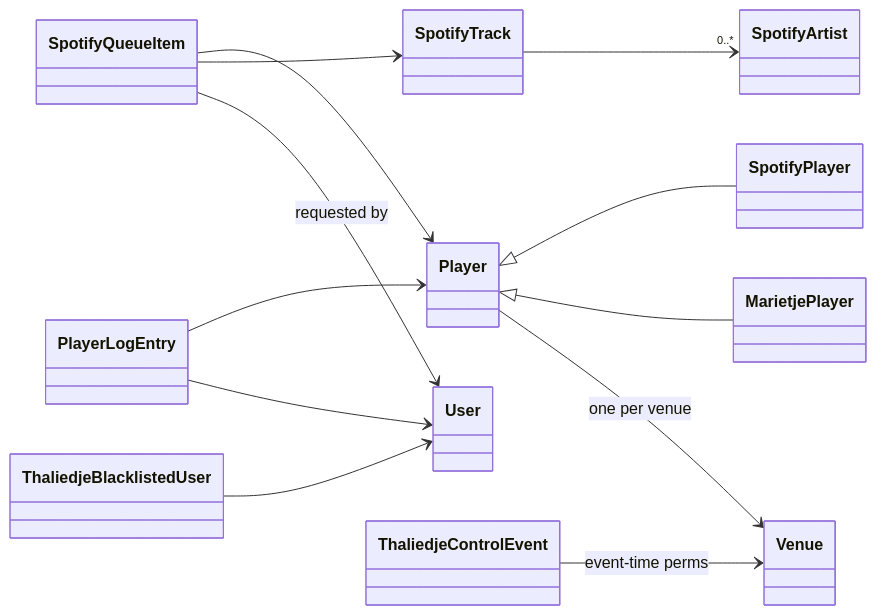
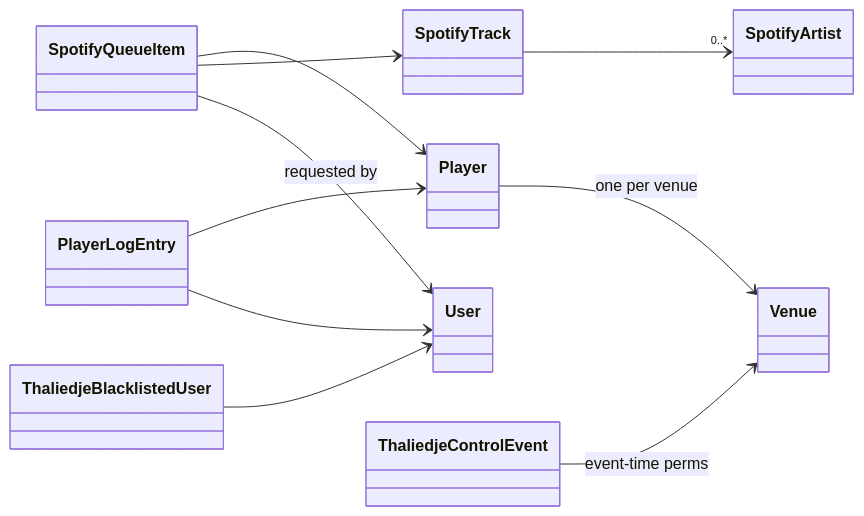
Before and after one commit to KiOui/TOSTI: the second of 2 diagrams in website/thaliedje/README.md, drawn with Mermaid. The commit also changed other lines of this file, not shown here.

First line of the commit message:
thaliedje README: show Player inheritance asymmetry

````diff
--- a/website/thaliedje/README.md
+++ b/website/thaliedje/README.md
@@ -9,15 +56,13 @@
 ```mermaid
 classDiagram
     direction LR
-    Player <|-- SpotifyPlayer
-    Player <|-- MarietjePlayer
     Player --> Venue : one per venue
     SpotifyQueueItem --> Player
     SpotifyQueueItem --> SpotifyTrack
     SpotifyQueueItem --> User : requested by
     SpotifyTrack --> "0..*" SpotifyArtist
     ThaliedjeBlacklistedUser --> User
     ThaliedjeControlEvent --> Venue : event-time perms
     PlayerLogEntry --> Player
     PlayerLogEntry --> User
 ```
````
